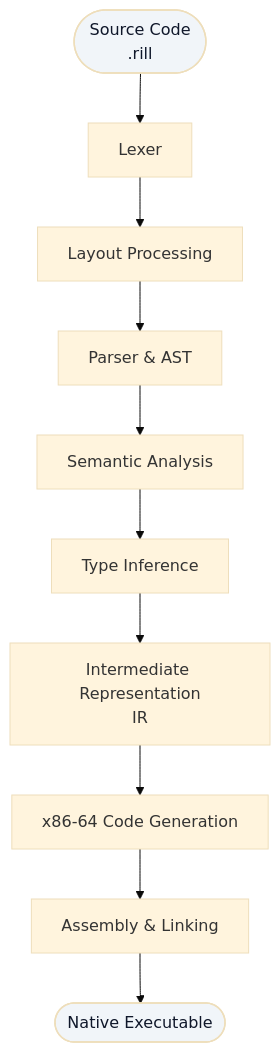
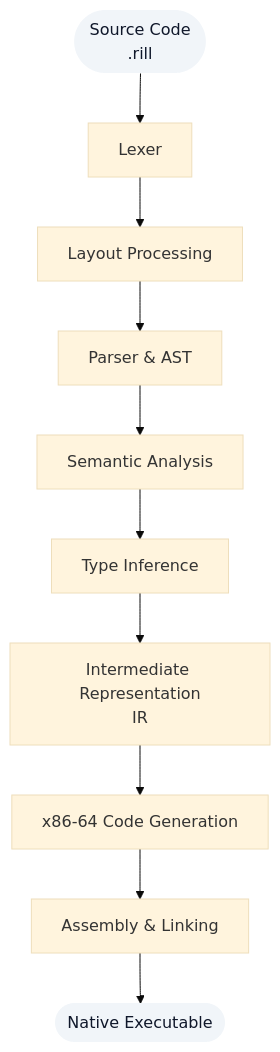
One commit to Paaanaaamaaa/rill changed the diagram in README.md. Above: the diagram before and after it, drawn with Mermaid (base theme).

Commit message:
zero pixels

````diff
--- a/README.md
+++ b/README.md
@@ -73,15 +73,15 @@
 ```mermaid
 flowchart TD
     A(["Source Code<br/>.rill"]) --> B["Lexer"]
     B --> C["Layout Processing"]
     C --> D["Parser & AST"]
     D --> E["Semantic Analysis"]
     E --> F["Type Inference"]
     F --> G["Intermediate Representation<br/>IR"]
     G --> H["x86-64 Code Generation"]
     H --> I["Assembly & Linking"]
     I --> J(["Native Executable"])
 
-    classDef endpoint fill:#f1f5f9,stroke:,color:#0f172a,stroke-width:1.5px
+    classDef endpoint fill:#f1f5f9,stroke:,color:#0f172a,stroke-width:0px
     class A,J endpoint
 ```
````
